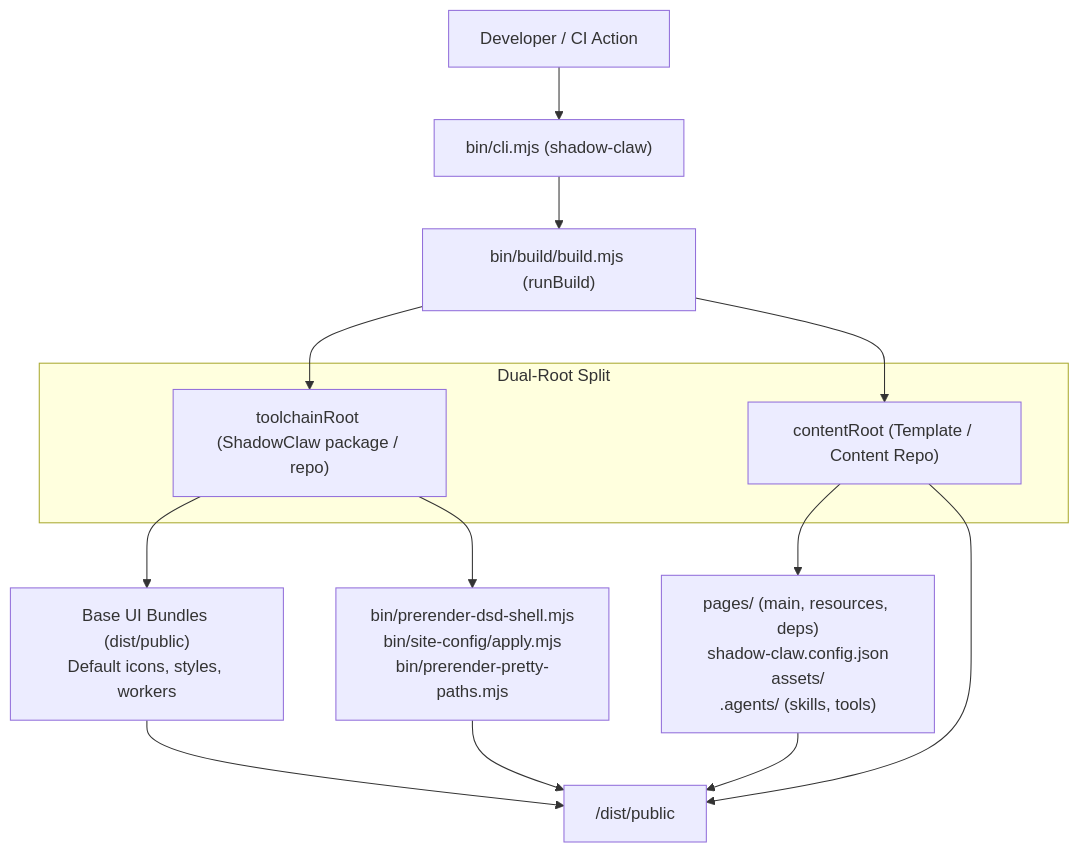
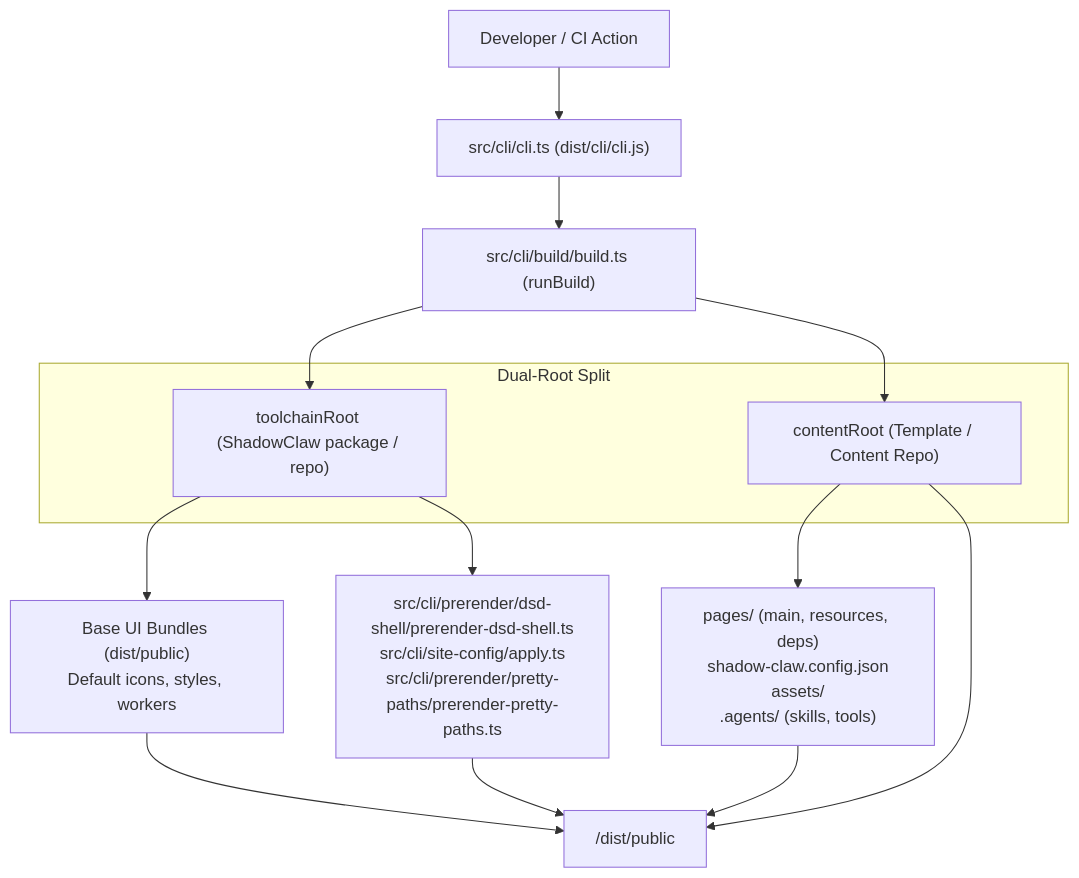
Before and after one commit to xt-ml/shadow-claw: the diagram in docs/subsystems/cli.md, drawn with Mermaid. The commit also changed other lines of this file and 239 other files, not shown here.

First line of the commit message:
Move CLI commands and utilities from bin to src

````diff
--- a/docs/subsystems/cli.md
+++ b/docs/subsystems/cli.md
@@ -24,23 +24,23 @@
 ```mermaid
 graph TD
-  User["Developer / CI Action"] --> CLI["bin/cli.mjs (shadow-claw)"]
-  CLI --> Builder["bin/build/build.mjs (runBuild)"]
+  User["Developer / CI Action"] --> CLI["src/cli/cli.ts (dist/cli/cli.js)"]
+  CLI --> Builder["src/cli/build/build.ts (runBuild)"]
 
   subgraph Roots["Dual-Root Split"]
     Toolchain["toolchainRoot (ShadowClaw package / repo)"]
     Content["contentRoot (Template / Content Repo)"]
   end
 
   Builder --> Toolchain
   Builder --> Content
 
   Toolchain --> BaseAssets["Base UI Bundles (dist/public)<br/>Default icons, styles, workers"]
-  Toolchain --> BuildScripts["bin/prerender-dsd-shell.mjs<br/>bin/site-config/apply.mjs<br/>bin/prerender-pretty-paths.mjs"]
+  Toolchain --> BuildScripts["src/cli/prerender/dsd-shell/prerender-dsd-shell.ts<br/>src/cli/site-config/apply.ts<br/>src/cli/prerender/pretty-paths/prerender-pretty-paths.ts"]
 
   Content --> SiteContent["pages/ (main, resources, deps)<br/>shadow-claw.config.json<br/>assets/<br/>.agents/ (skills, tools)"]
   Content --> OutDir["<contentRoot>/dist/public"]
 
   BaseAssets --> OutDir
   SiteContent --> OutDir
   BuildScripts --> OutDir
 ```
````
